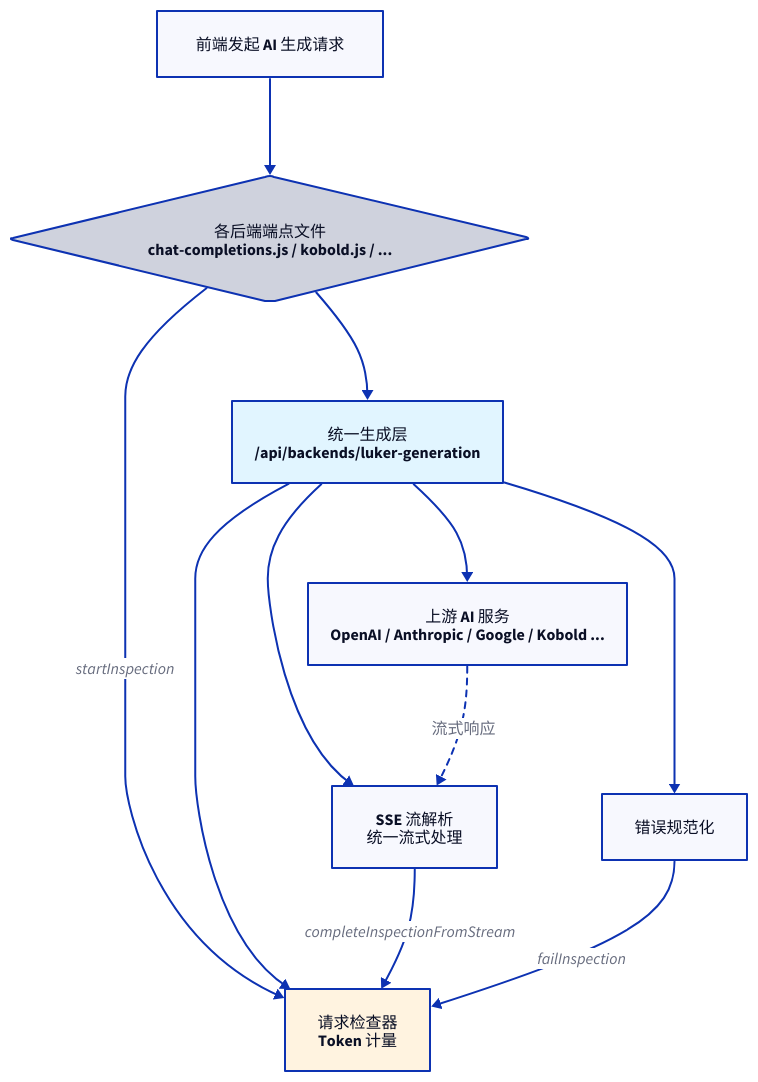
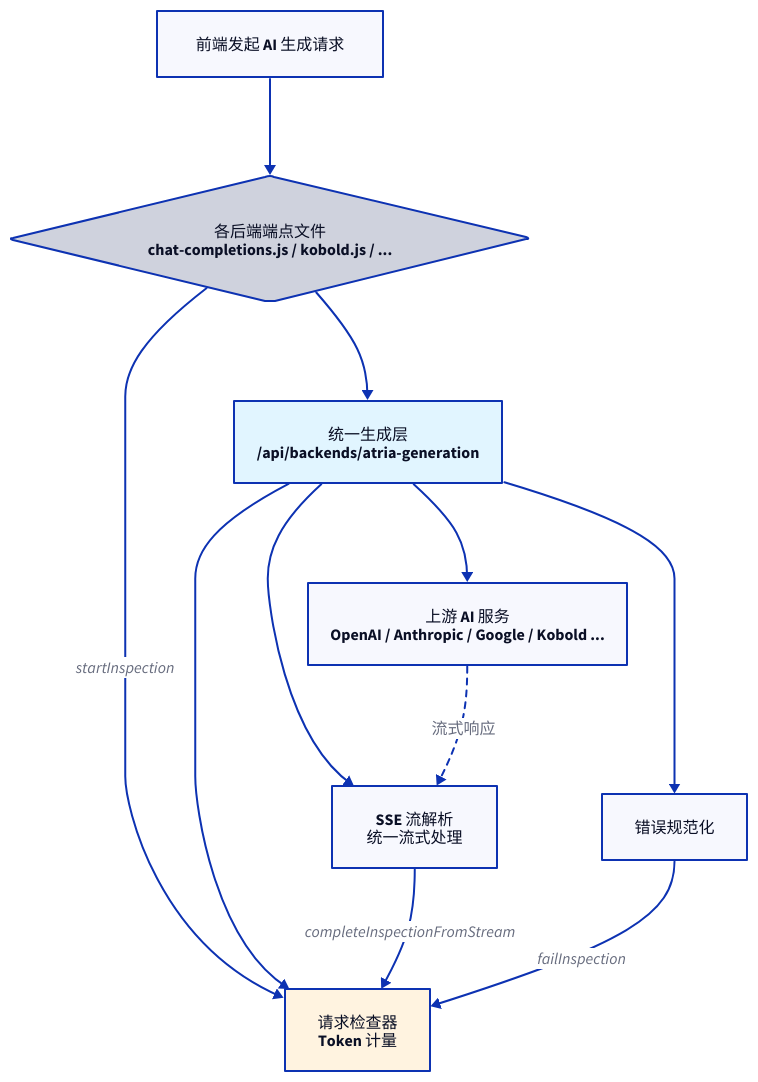
Before and after one commit to ZZZdragondYNGPHX/Atria: the diagram in docs/zh-CN/improvements/generation-layer.md, drawn with D2. The commit also changed other lines of this file and 1235 other files, not shown here.

````diff
--- a/docs/zh-CN/improvements/generation-layer.md
+++ b/docs/zh-CN/improvements/generation-layer.md
@@ -57,28 +57,28 @@
 ```d2
 direction: down
 
 FE: "前端发起 AI 生成请求"
 EP: "各后端端点文件\nchat-completions.js / kobold.js / ..." {
   shape: diamond
 }
-UL: "统一生成层\n/api/backends/luker-generation" {
+UL: "统一生成层\n/api/backends/atria-generation" {
   style.fill: "#e1f5ff"
 }
 INSP: "请求检查器\nToken 计量" {
   style.fill: "#fff3e0"
 }
 SSE: "SSE 流解析\n统一流式处理"
 ERR: "错误规范化"
 UPSTREAM: "上游 AI 服务\nOpenAI / Anthropic / Google / Kobold ..."
 
 FE -> EP
 EP -> INSP: "startInspection"
 EP -> UL
 UL -> SSE
 UL -> INSP
 UL -> ERR
 UL -> UPSTREAM
 UPSTREAM -> SSE: "流式响应" {style.stroke-dash: 3}
 SSE -> INSP: "completeInspectionFromStream"
 ERR -> INSP: "failInspection"
 ```
````
